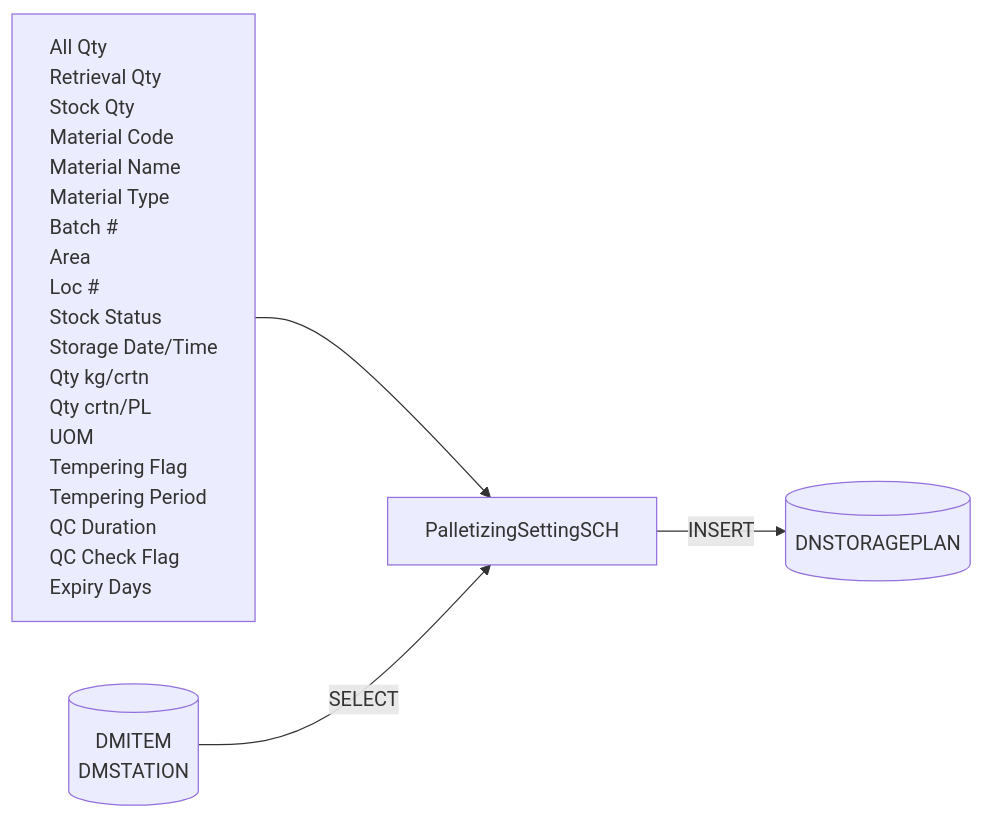
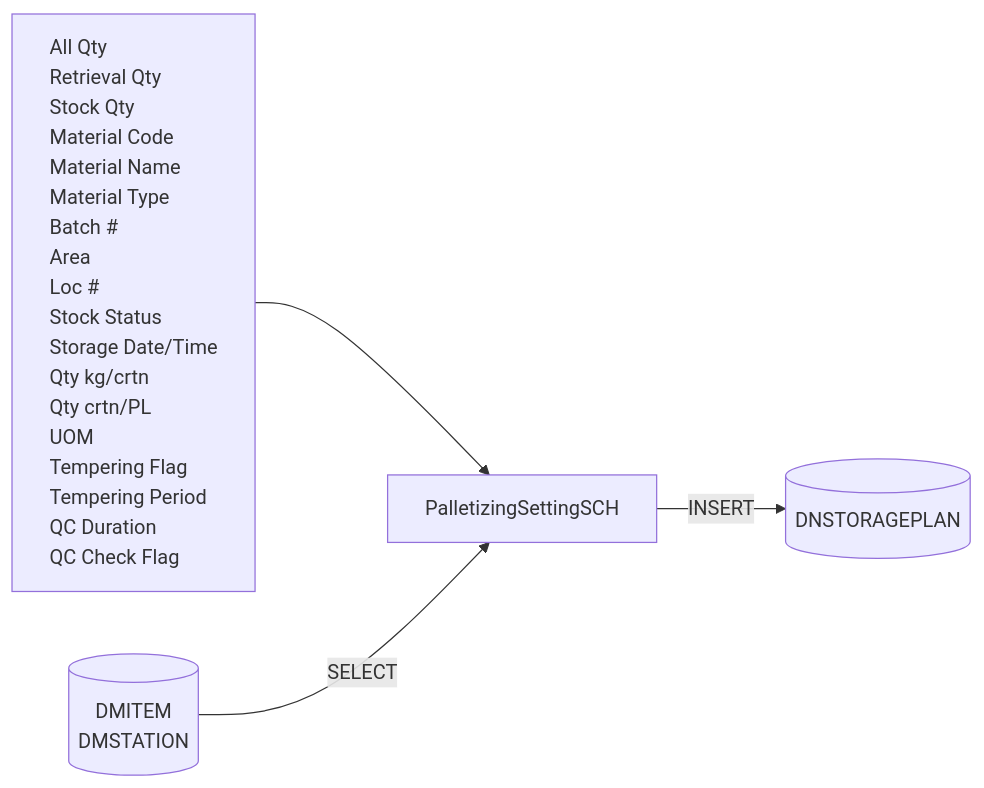
The third of 9 diagrams in Basic-Design/DFD-WMS/Retrieval/Unplanned-Retrieval-from-HP-Area.md (luthfiadityaa/SimeDarby-Wiki), drawn with Mermaid before and after one commit.

Commit message:
Updated Unplanned Retrieval from HP Area

```diff
--- a/Basic-Design/DFD-WMS/Retrieval/Unplanned-Retrieval-from-HP-Area.md
+++ b/Basic-Design/DFD-WMS/Retrieval/Unplanned-Retrieval-from-HP-Area.md
@@ -92,41 +92,40 @@
 ::: mermaid
 flowchart LR
     input[
         All Qty
         Retrieval Qty
         Stock Qty
         Material Code
         Material Name
         Material Type
         Batch #
         Area
         Loc #
         Stock Status
         Storage Date/Time
         Qty kg/crtn
         Qty crtn/PL
         UOM
         Tempering Flag
         Tempering Period
         QC Duration
         QC Check Flag
-        Expiry Days
     ]
 
     tableList-insert[("
         DNSTORAGEPLAN
     ")]
 
      tableList-select[("
         DMITEM
         DMSTATION
     ")]
 
     className[PalletizingSettingSCH]
 
     input --> className --> |INSERT| tableList-insert
     tableList-select --> |SELECT| className
 
     classDef leftAlign text-align:left;
     class input leftAlign;
 :::
```
